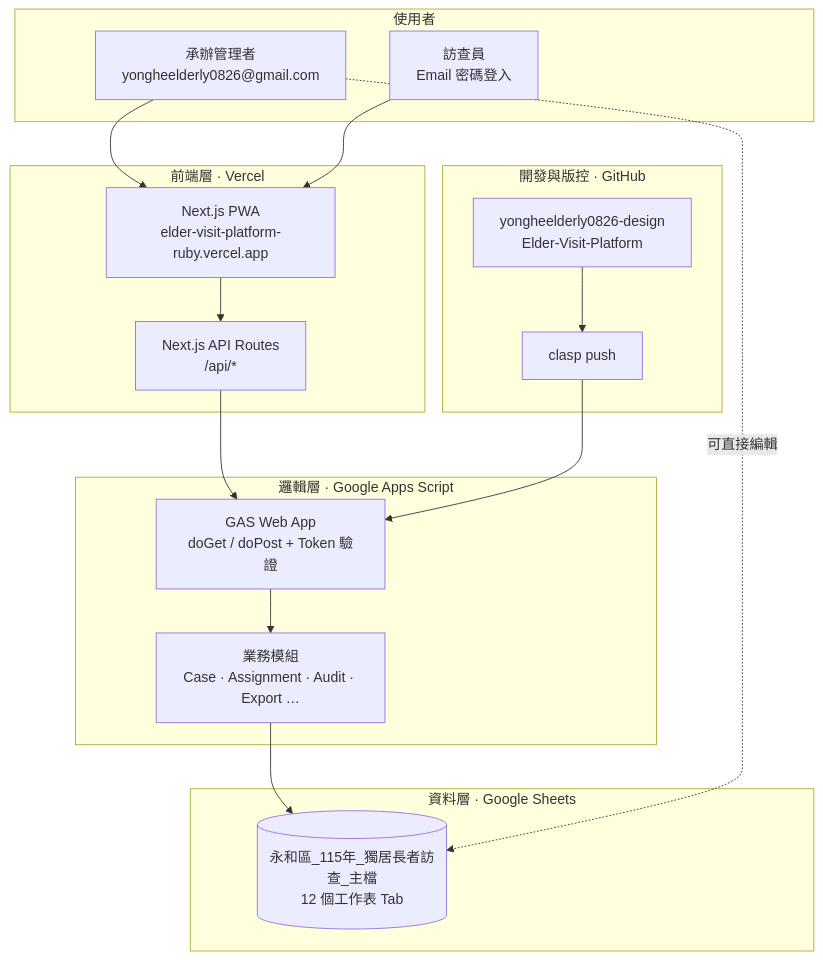
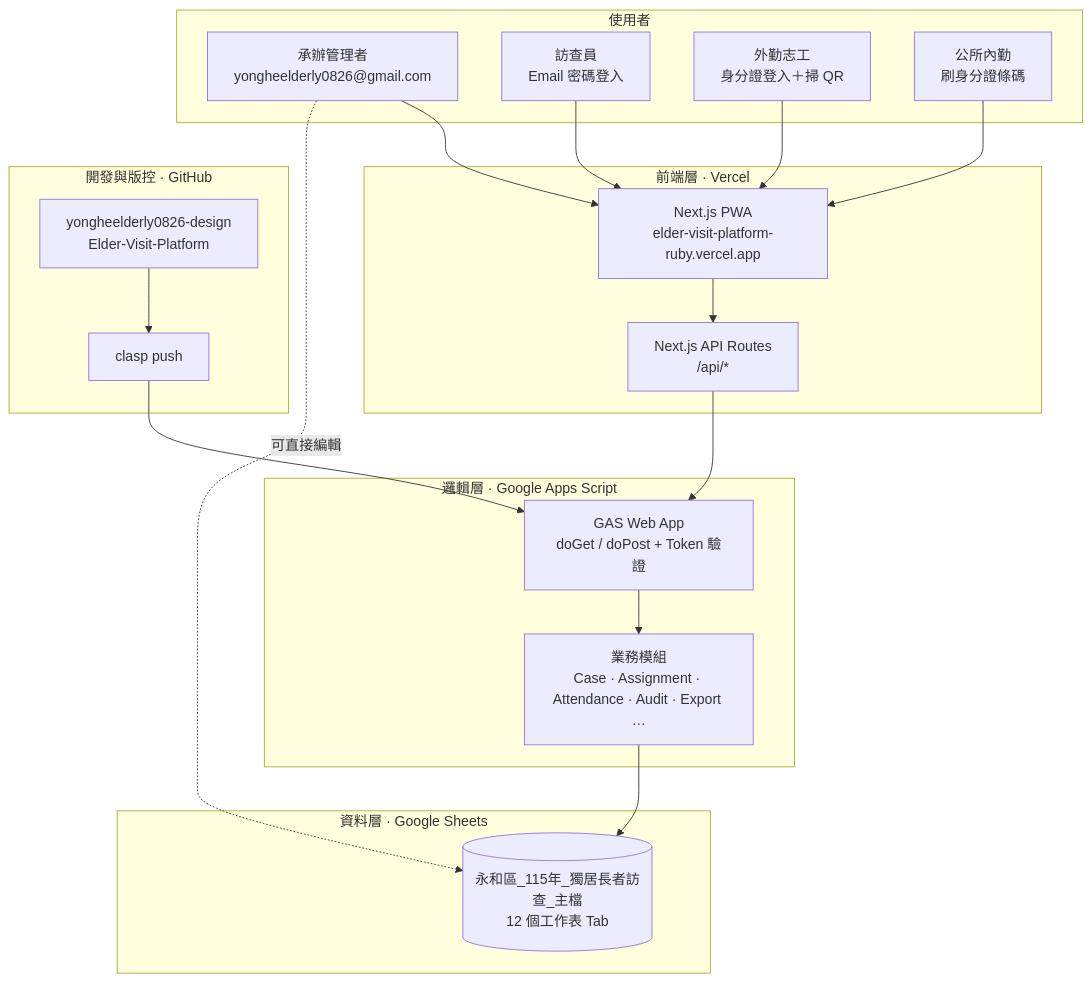
The first of 13 diagrams in docs/system-architecture.md (yongheelderly0826-design/Elder-Visit-Platform), drawn with Mermaid before and after one commit. The commit also changed other lines of this file and 83 other files, not shown here.

First line of the commit message:
Add volunteer QR attendance, MOHW audit export, and update manuals.

````diff
--- a/docs/system-architecture.md
+++ b/docs/system-architecture.md
@@ -14,35 +14,39 @@
 ```mermaid
 flowchart TB
   subgraph Users["使用者"]
     MGR["承辦管理者<br/>yongheelderly0826@gmail.com"]
     VIS["訪查員<br/>Email 密碼登入"]
+    VOL["外勤志工<br/>身分證登入＋掃 QR"]
+    KSK["公所內勤<br/>刷身分證條碼"]
   end
 
   subgraph Frontend["前端層 · Vercel"]
     PWA["Next.js PWA<br/>elder-visit-platform-ruby.vercel.app"]
     API["Next.js API Routes<br/>/api/*"]
   end
 
   subgraph Backend["邏輯層 · Google Apps Script"]
     GAS["GAS Web App<br/>doGet / doPost + Token 驗證"]
-    MOD["業務模組<br/>Case · Assignment · Audit · Export …"]
+    MOD["業務模組<br/>Case · Assignment · Attendance · Audit · Export …"]
   end
 
   subgraph Data["資料層 · Google Sheets"]
     SS[("永和區_115年_獨居長者訪查_主檔<br/>12 個工作表 Tab")]
   end
 
   subgraph DevOps["開發與版控 · GitHub"]
     GH["yongheelderly0826-design<br/>Elder-Visit-Platform"]
     CLASP["clasp push"]
   end
 
   MGR --> PWA
   VIS --> PWA
+  VOL --> PWA
+  KSK --> PWA
   PWA --> API
   API --> GAS
   GAS --> MOD
   MOD --> SS
   GH --> CLASP --> GAS
   MGR -.->|可直接編輯| SS
 ```
````
